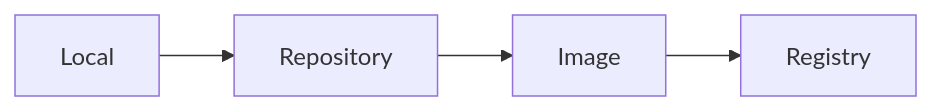
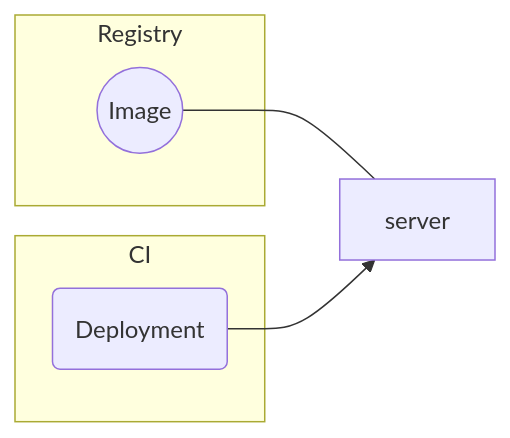
The second of 2 diagrams in guide/deployment/continuous-integration.md (dmstr/phd5-docs), drawn with Mermaid before and after one commit. The commit also changed other lines of this file and 1 other file, not shown here.

Commit message:
updated deployment

```diff
--- a/guide/deployment/continuous-integration.md
+++ b/guide/deployment/continuous-integration.md
@@ -112,6 +92,17 @@
 <div class="mermaid">
+
 graph LR;
-    Local-->Repository;
-    Repository-->Image;
-    Image-->Registry;
+ deploy(Deployment)
+ image((Image))
+
+ image---server
+ deploy-->server
+
+subgraph CI
+ deploy
+end
+subgraph Registry
+ image
+end
+
 </div>
```
